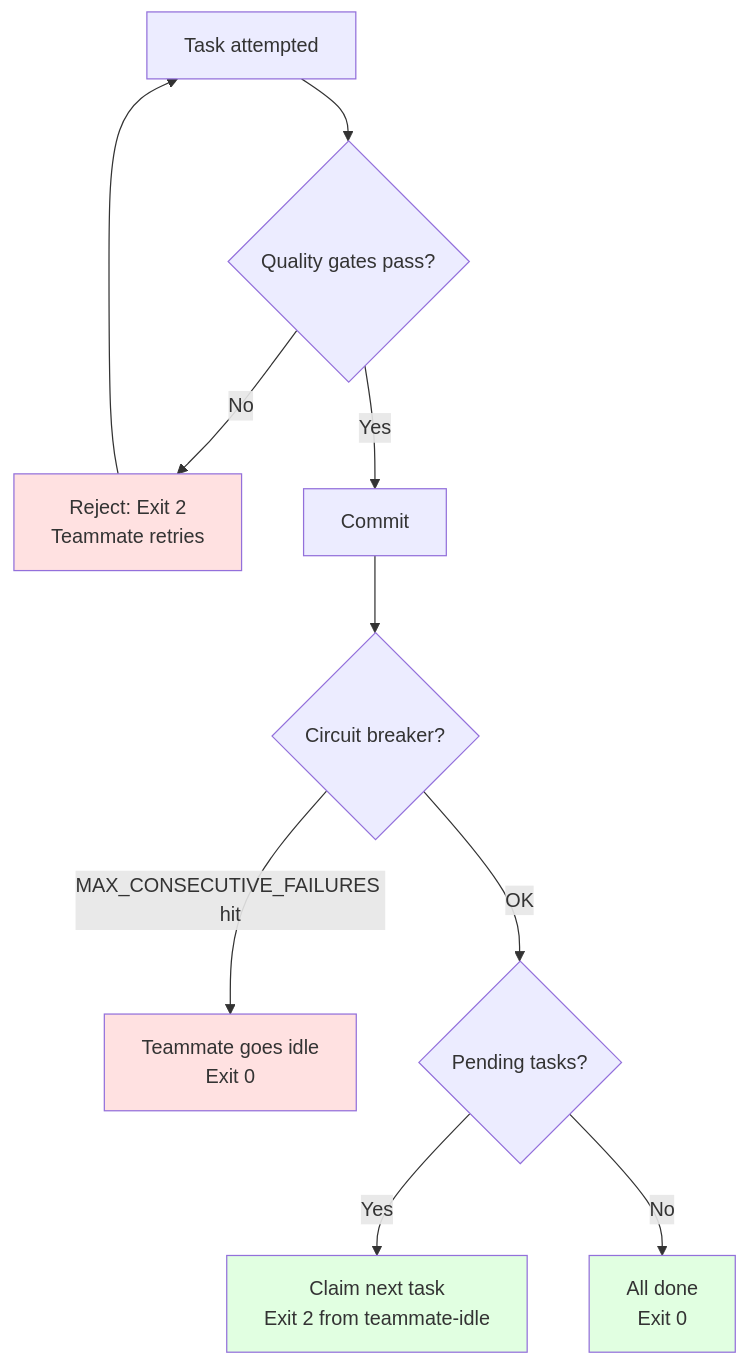
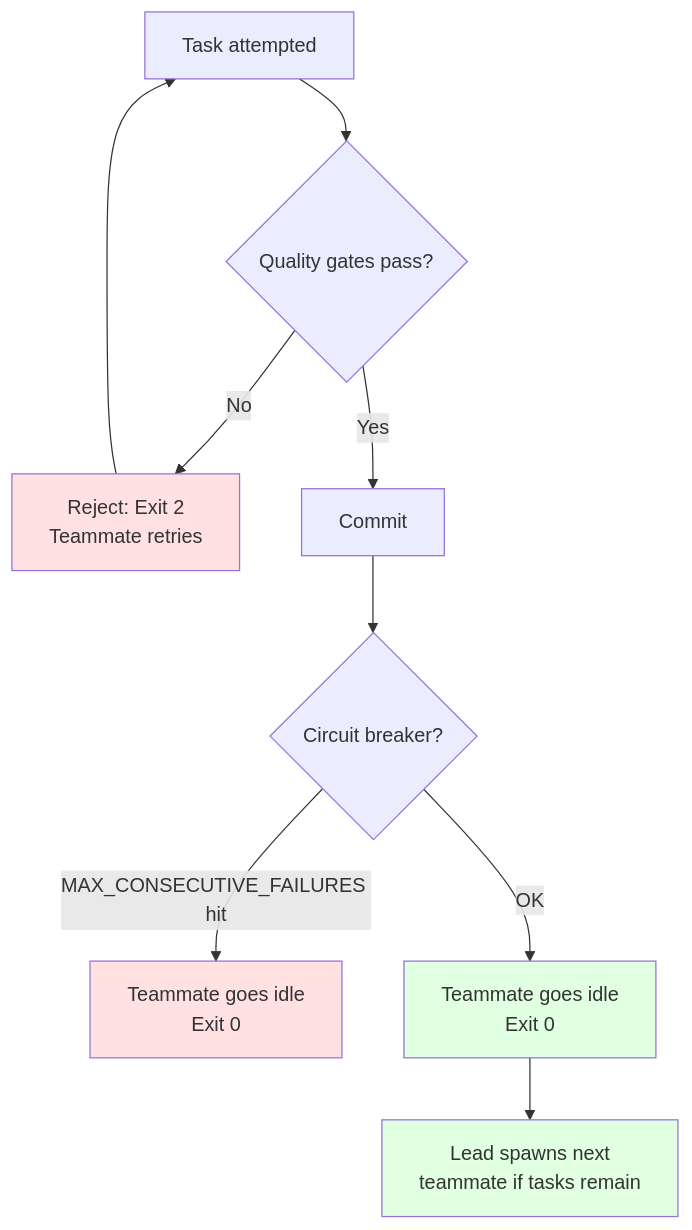
One commit to Dario-Arcos/ai-framework changed the diagram in skills/ralph-orchestrator/references/backpressure.md. Above: the diagram before and after it, drawn with Mermaid. The commit also changed 10 other files, not shown here.

````diff
--- a/skills/ralph-orchestrator/references/backpressure.md
+++ b/skills/ralph-orchestrator/references/backpressure.md
@@ -71,20 +71,19 @@
 ```mermaid
 graph TD
     A[Task attempted] --> B{Quality gates pass?}
     B -->|No| C[Reject: Exit 2<br/>Teammate retries]
     B -->|Yes| D[Commit]
 
     D --> E{Circuit breaker?}
     E -->|MAX_CONSECUTIVE_FAILURES hit| F[Teammate goes idle<br/>Exit 0]
-    E -->|OK| G{Pending tasks?}
+    E -->|OK| G[Teammate goes idle<br/>Exit 0]
 
-    G -->|Yes| H[Claim next task<br/>Exit 2 from teammate-idle]
-    G -->|No| I[All done<br/>Exit 0]
+    G --> H[Lead spawns next<br/>teammate if tasks remain]
 
     C --> A
 
     style C fill:#ffe1e1
     style F fill:#ffe1e1
-    style I fill:#e1ffe1
+    style G fill:#e1ffe1
     style H fill:#e1ffe1
 ```
````
